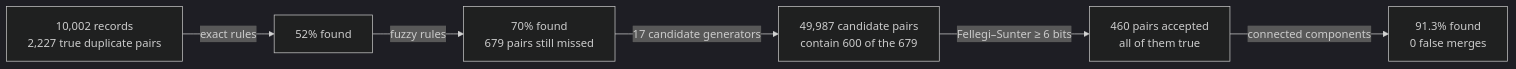
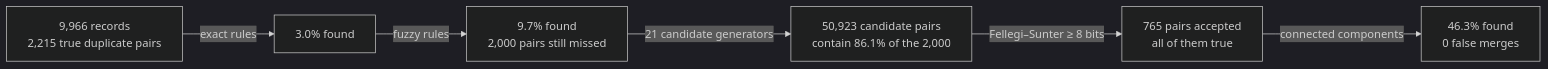
One commit to mvsbm/entity_matching changed the diagram in docs/guide/01-entity-resolution-and-our-task.md. Above: the diagram before and after it, drawn with Mermaid (dark theme). The commit also changed other lines of this file and 21 other files, not shown here.

````diff
--- a/docs/guide/01-entity-resolution-and-our-task.md
+++ b/docs/guide/01-entity-resolution-and-our-task.md
@@ -110,8 +111,8 @@
 ```mermaid
 flowchart LR
-  A["10,002 records<br/>2,227 true duplicate pairs"] -->|"exact rules"| B["52% found"]
-  B -->|"fuzzy rules"| C["70% found<br/>679 pairs still missed"]
-  C -->|"17 candidate generators"| D["49,987 candidate pairs<br/>contain 600 of the 679"]
-  D -->|"Fellegi–Sunter ≥ 6 bits"| E["460 pairs accepted<br/>all of them true"]
-  E -->|"connected components"| F["91.3% found<br/>0 false merges"]
+  A["9,966 records<br/>2,215 true duplicate pairs"] -->|"exact rules"| B["3.0% found"]
+  B -->|"fuzzy rules"| C["9.7% found<br/>2,000 pairs still missed"]
+  C -->|"21 candidate generators"| D["50,923 candidate pairs<br/>contain 86.1% of the 2,000"]
+  D -->|"Fellegi–Sunter ≥ 8 bits"| E["765 pairs accepted<br/>all of them true"]
+  E -->|"connected components"| F["46.3% found<br/>0 false merges"]
 ```
````
